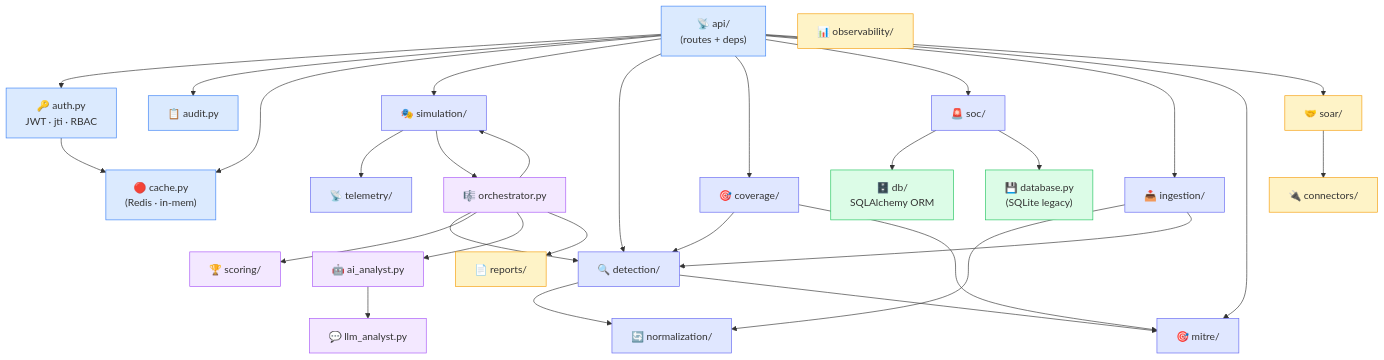
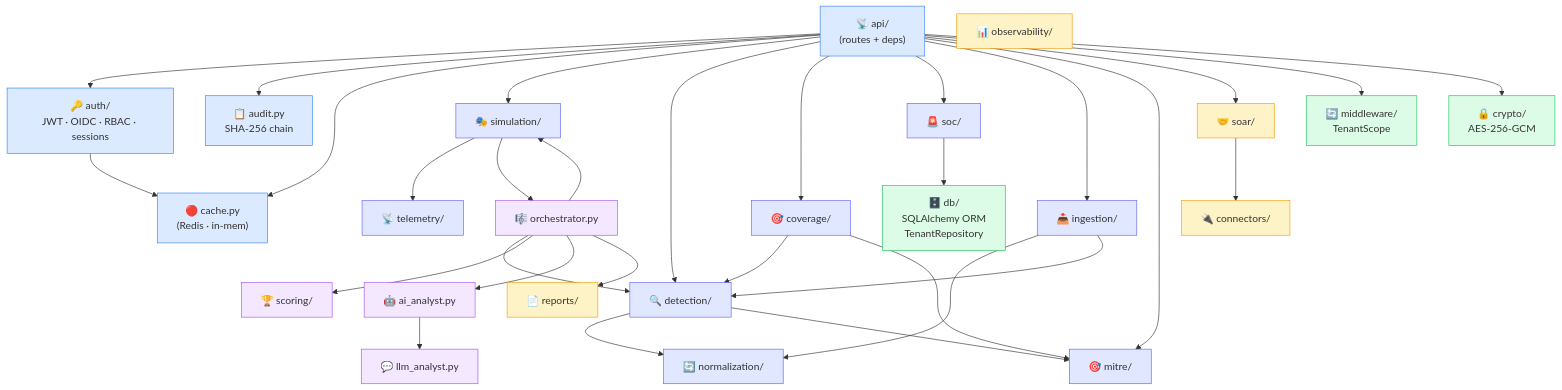
Before and after one commit to omarbabba779xx/CyberTwin-SOC: the eighth of 19 diagrams in README.md, drawn with Mermaid. The commit also changed other lines of this file, not shown here.

````diff
--- a/README.md
+++ b/README.md
@@ -491,53 +515,55 @@
 ```mermaid
 flowchart TB
     api["📡 api/<br/>(routes + deps)"]
-    auth["🔑 auth.py<br/>JWT · jti · RBAC"]
-    audit["📋 audit.py"]
+    auth["🔑 auth/<br/>JWT · OIDC · RBAC · sessions"]
+    audit["📋 audit.py<br/>SHA-256 chain"]
     cache["🔴 cache.py<br/>(Redis · in-mem)"]
 
-    db["🗄️ db/<br/>SQLAlchemy ORM"]
-    legacy["💾 database.py<br/>(SQLite legacy)"]
+    db["🗄️ db/<br/>SQLAlchemy ORM<br/>TenantRepository"]
+    crypto["🔒 crypto/<br/>AES-256-GCM"]
+    mw["🔄 middleware/<br/>TenantScope"]
 
     sim["🎭 simulation/"]
     tel["📡 telemetry/"]
     det["🔍 detection/"]
     cov["🎯 coverage/"]
     soc["🚨 soc/"]
     ing["📥 ingestion/"]
     norm["🔄 normalization/"]
     mitre["🎯 mitre/"]
 
     ai["🤖 ai_analyst.py"]
     llm["💬 llm_analyst.py"]
     orch["🎼 orchestrator.py"]
     score["🏆 scoring/"]
 
     obs["📊 observability/"]
     rep["📄 reports/"]
     soar["🤝 soar/"]
     conn["🔌 connectors/"]
 
     api --> auth & audit & cache
     api --> sim & det & cov & soc & ing & mitre & soar
     auth --> cache
     sim --> tel & orch
     det --> norm & mitre
     ing --> norm & det
-    soc --> db & legacy
+    soc --> db
+    api --> mw & crypto
     cov --> det & mitre
     orch --> sim & det & score & ai & rep
     ai --> llm
     soar --> conn
 
     classDef pl fill:#dbeafe,stroke:#3b82f6
     classDef dom fill:#e0e7ff,stroke:#6366f1
     classDef data fill:#dcfce7,stroke:#22c55e
     classDef ai fill:#f3e8ff,stroke:#a855f7
     classDef ops fill:#fef3c7,stroke:#f59e0b
 
     class api,auth,audit,cache pl
     class sim,tel,det,cov,soc,ing,norm,mitre dom
-    class db,legacy data
+    class db,crypto,mw data
     class ai,llm,orch,score ai
     class obs,rep,soar,conn ops
 ```
````
